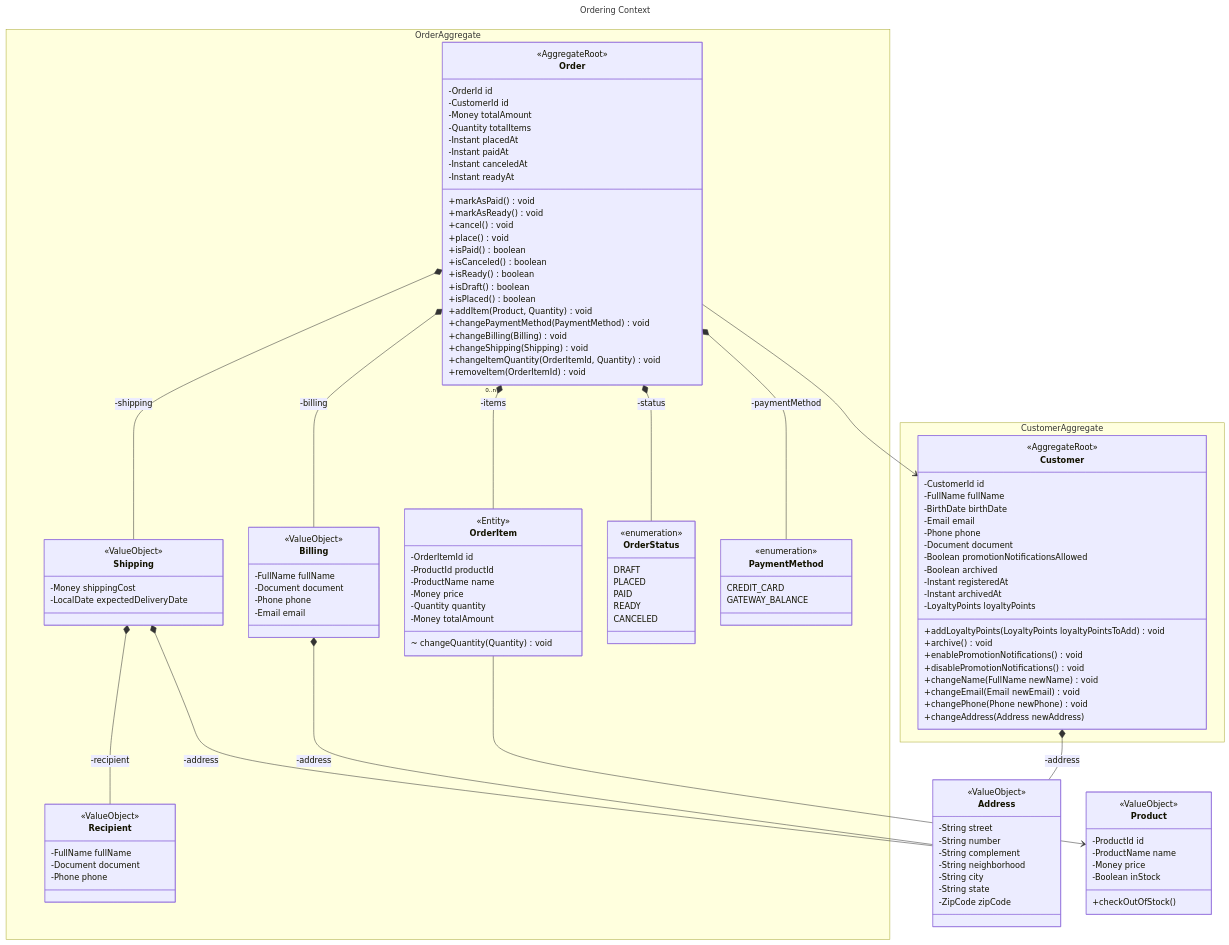
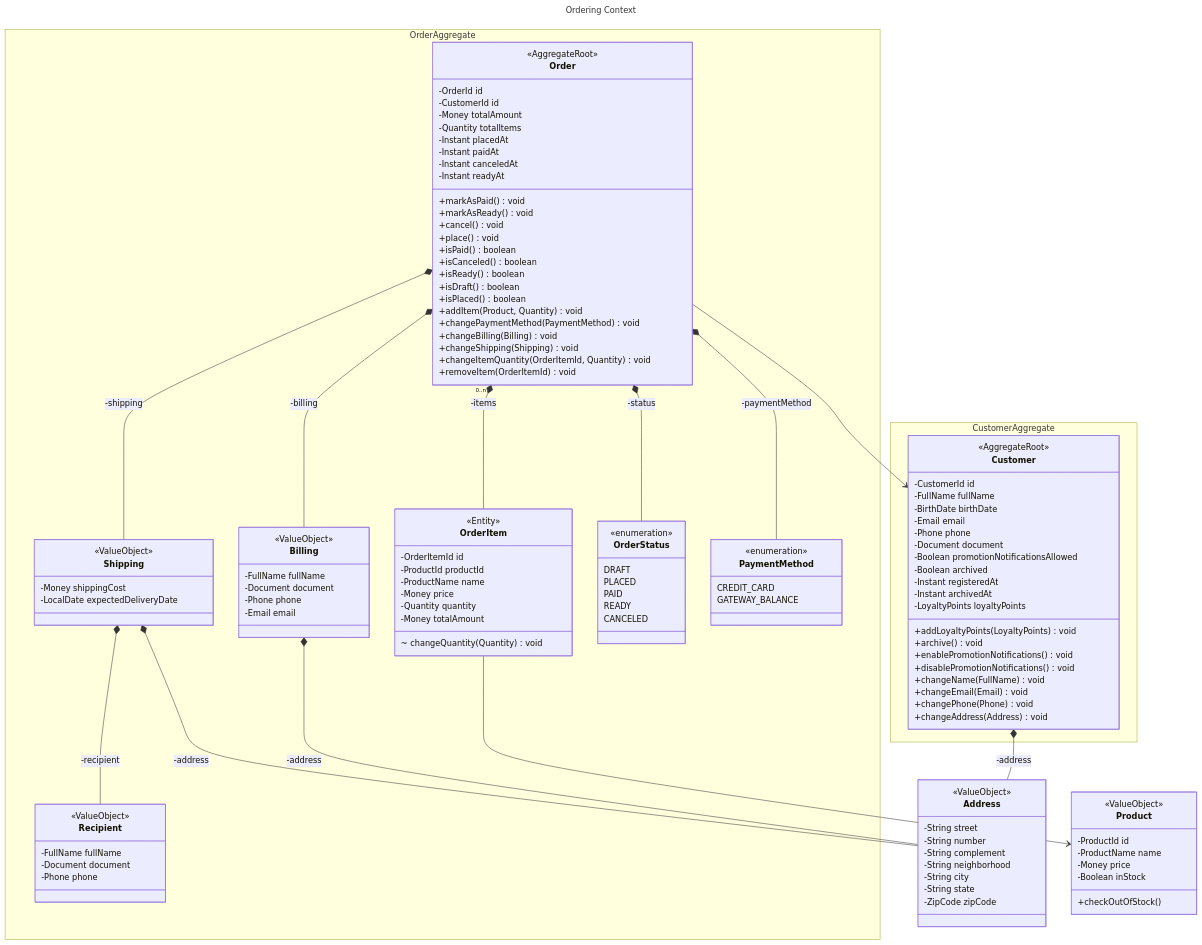
The diagram in domain-model.mmd (Allisson95/ems-algashop-docs), drawn with Mermaid before and after one commit.

Commit message:
Simplify method signatures in Customer domain model diagram in Mermaid format

```diff
--- a/domain-model.mmd
+++ b/domain-model.mmd
@@ -1,136 +1,136 @@
 ---
 title: Ordering Context
 ---
 
 classDiagram
     class Address {
         <<ValueObject>>
         -String street
         -String number
         -String complement
         -String neighborhood
         -String city
         -String state
         -ZipCode zipCode
     }
 
     class Product {
         <<ValueObject>>
         -ProductId id
         -ProductName name
         -Money price
         -Boolean inStock
         +checkOutOfStock()
     }
 
     namespace CustomerAggregate {
         class Customer {
             <<AggregateRoot>>
             -CustomerId id
             -FullName fullName
             -BirthDate birthDate
             -Email email
             -Phone phone
             -Document document
             -Boolean promotionNotificationsAllowed
             -Boolean archived
             -Instant registeredAt
             -Instant archivedAt
             -LoyaltyPoints loyaltyPoints
-            +addLoyaltyPoints(LoyaltyPoints loyaltyPointsToAdd) void
+            +addLoyaltyPoints(LoyaltyPoints) void
             +archive() void
             +enablePromotionNotifications() void
             +disablePromotionNotifications() void
-            +changeName(FullName newName) void
-            +changeEmail(Email newEmail) void
-            +changePhone(Phone newPhone) void
-            +changeAddress(Address newAddress)
+            +changeName(FullName) void
+            +changeEmail(Email) void
+            +changePhone(Phone) void
+            +changeAddress(Address) void
         }
     }
     Customer *-- Address: -address
 
     namespace OrderAggregate {
         class Recipient {
             <<ValueObject>>
             -FullName fullName
             -Document document
             -Phone phone
         }
 
         class Shipping {
             <<ValueObject>>
             -Money shippingCost
             -LocalDate expectedDeliveryDate
         }
 
         class Billing {
             <<ValueObject>>
             -FullName fullName
             -Document document
             -Phone phone
             -Email email
         }
 
         class OrderItem {
             <<Entity>>
             -OrderItemId id
             -ProductId productId
             -ProductName name
             -Money price
             -Quantity quantity
             -Money totalAmount
             ~ changeQuantity(Quantity) void
         }
 
         class OrderStatus {
             <<enumeration>>
             DRAFT
             PLACED
             PAID
             READY
             CANCELED
         }
 
         class PaymentMethod {
             <<enumeration>>
             CREDIT_CARD
             GATEWAY_BALANCE
         }
 
         class Order {
             <<AggregateRoot>>
             -OrderId id
             -CustomerId id
             -Money totalAmount
             -Quantity totalItems
             -Instant placedAt
             -Instant paidAt
             -Instant canceledAt
             -Instant readyAt
             +markAsPaid() void
             +markAsReady() void
             +cancel() void
             +place() void
             +isPaid() boolean
             +isCanceled() boolean
             +isReady() boolean
             +isDraft() boolean
             +isPlaced() boolean
             +addItem(Product, Quantity) void
             +changePaymentMethod(PaymentMethod) void
             +changeBilling(Billing) void
             +changeShipping(Shipping) void
             +changeItemQuantity(OrderItemId, Quantity) void
             +removeItem(OrderItemId) void
         }
     }
     Order --> Customer
     Order *-- OrderStatus: -status
     Order *-- PaymentMethod: -paymentMethod
     Order *-- Shipping: -shipping
     Order *-- Billing: -billing
     Order "0..n" *-- OrderItem: -items
     Shipping *-- Address: -address
     Shipping *-- Recipient: -recipient
     Billing *-- Address: -address
     OrderItem --> Product
```
